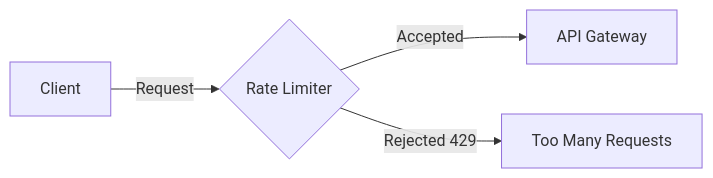
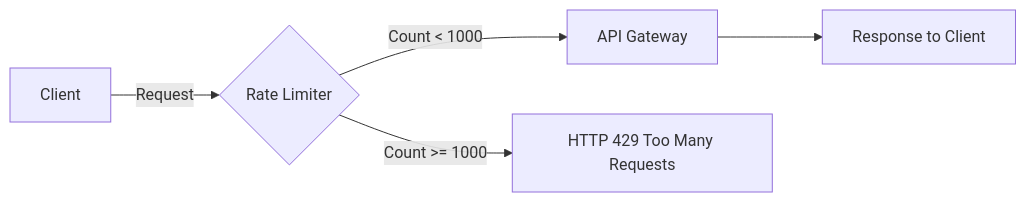
Diagram 14 of 27 in docs/BAO_CAO_KIEN_TRUC_HUONG_DICH_VU.md (doanthetin193/CryptoTradingSOA), drawn with Mermaid before and after one commit. The commit also changed other lines of this file and 1 other file, not shown here.

````diff
--- a/docs/BAO_CAO_KIEN_TRUC_HUONG_DICH_VU.md
+++ b/docs/BAO_CAO_KIEN_TRUC_HUONG_DICH_VU.md
@@ -684,6 +834,7 @@
 ```mermaid
 flowchart LR
     Client -->|Request| RL{Rate Limiter}
-    RL -->|Accepted| API[API Gateway]
-    RL -->|Rejected 429| Error[Too Many Requests]
+    RL -->|"Count < 1000"| API[API Gateway]
+    RL -->|"Count >= 1000"| Error[HTTP 429 Too Many Requests]
+    API --> Response[Response to Client]
 ```
````
